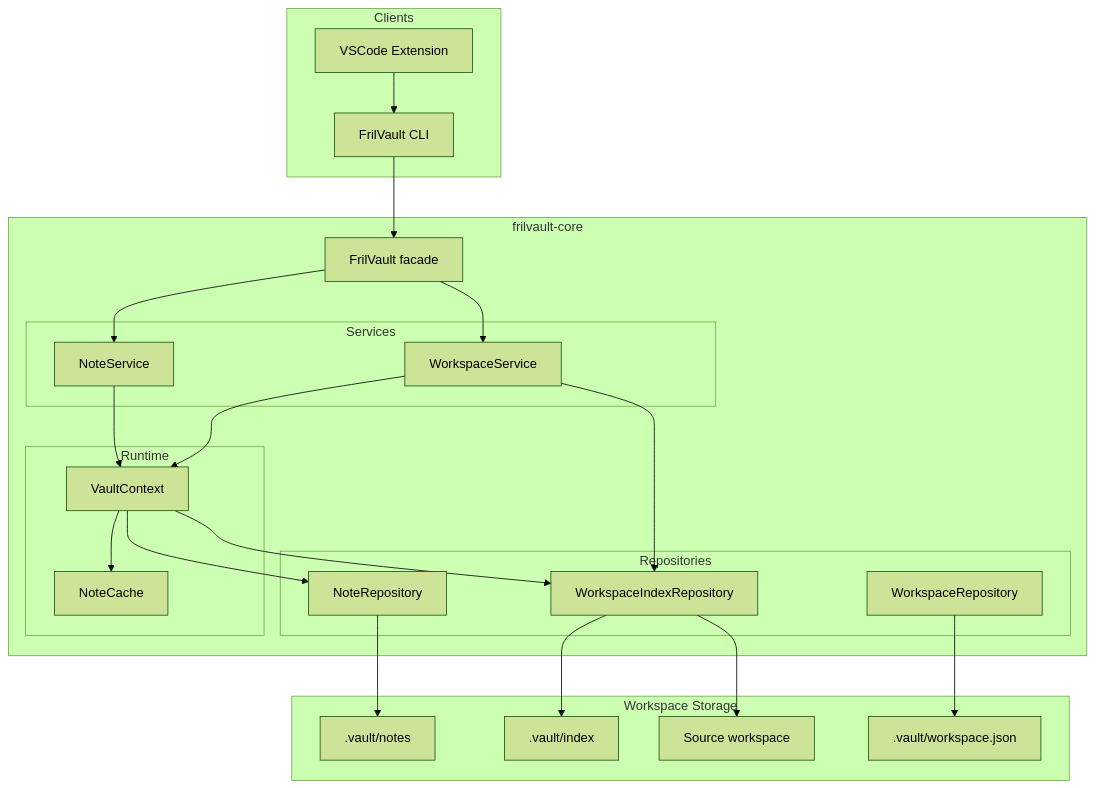
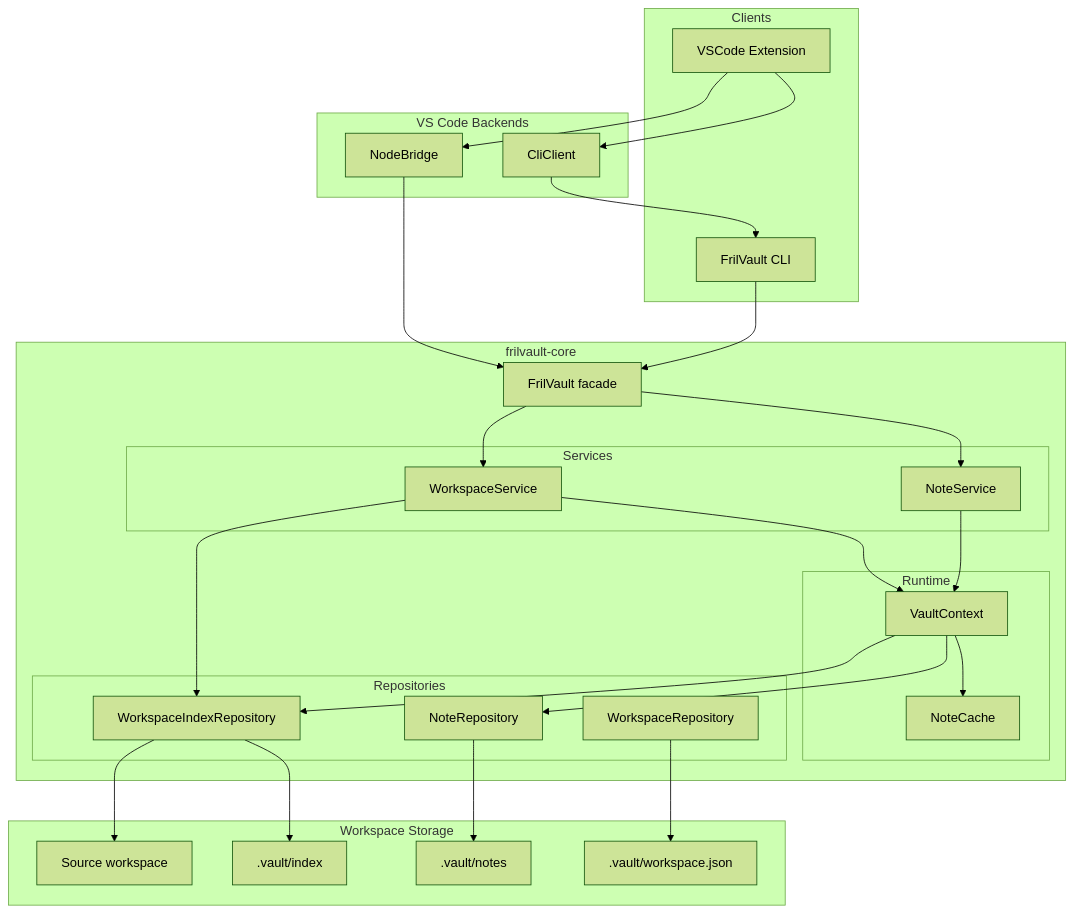
The diagram in docs/book/src/diagrams/system.md (mors119/frilvault), drawn with Mermaid (forest theme) before and after one commit. The commit also changed other lines of this file and 14 other files, not shown here.

````diff
--- a/docs/book/src/diagrams/system.md
+++ b/docs/book/src/diagrams/system.md
@@ -5,49 +5,57 @@
 ```mermaid
 flowchart TD
     subgraph Clients
         CLI["FrilVault CLI"]
         VSCode["VSCode Extension"]
+    end
+
+    subgraph ExtensionBackends["VS Code Backends"]
+        CliClient["CliClient"]
+        NodeBridge["NodeBridge"]
     end
 
     subgraph Core["frilvault-core"]
         Facade["FrilVault facade"]
 
         subgraph Services
             NoteService
             WorkspaceService
         end
 
         subgraph Runtime
             VaultContext
             NoteCache
         end
 
         subgraph Repositories
             NoteRepository
             WorkspaceIndexRepository
             WorkspaceRepository
         end
     end
 
     subgraph Storage["Workspace Storage"]
         Source["Source workspace"]
         Notes[".vault/notes"]
         Index[".vault/index"]
         Meta[".vault/workspace.json"]
     end
 
-    VSCode --> CLI
+    VSCode --> CliClient
+    VSCode --> NodeBridge
+    CliClient --> CLI
+    NodeBridge --> Facade
     CLI --> Facade
     Facade --> NoteService
     Facade --> WorkspaceService
     NoteService --> VaultContext
     WorkspaceService --> VaultContext
     WorkspaceService --> WorkspaceIndexRepository
     VaultContext --> NoteCache
     VaultContext --> NoteRepository
     VaultContext --> WorkspaceIndexRepository
     NoteRepository --> Notes
     WorkspaceIndexRepository --> Index
     WorkspaceRepository --> Meta
     WorkspaceIndexRepository --> Source
 ```
````
